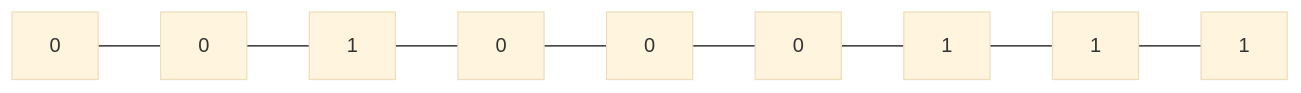
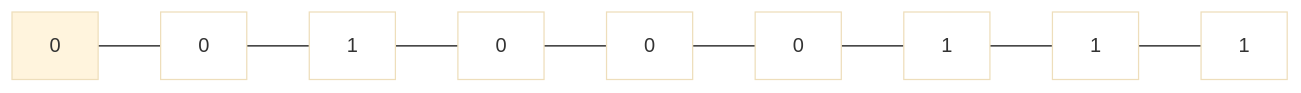
The first of 2 diagrams in Medium/525.Contiguous_Array.md (Hotshot824/Leetcode), drawn with Mermaid (base theme) before and after one commit. The commit also changed other lines of this file and 3 other files, not shown here.

````diff
--- a/Medium/525.Contiguous_Array.md
+++ b/Medium/525.Contiguous_Array.md
@@ -5,6 +6,8 @@
 ```mermaid
 graph LR
+classDef Long fill:white
 
 A[0] --- B[0] --- C[1] --- D[0] --- E[0] --- F[0] --- G[1] --- H[1] --- I[1]
 
+class B,C,D,E,F,G,H,I Long
 ```
````
